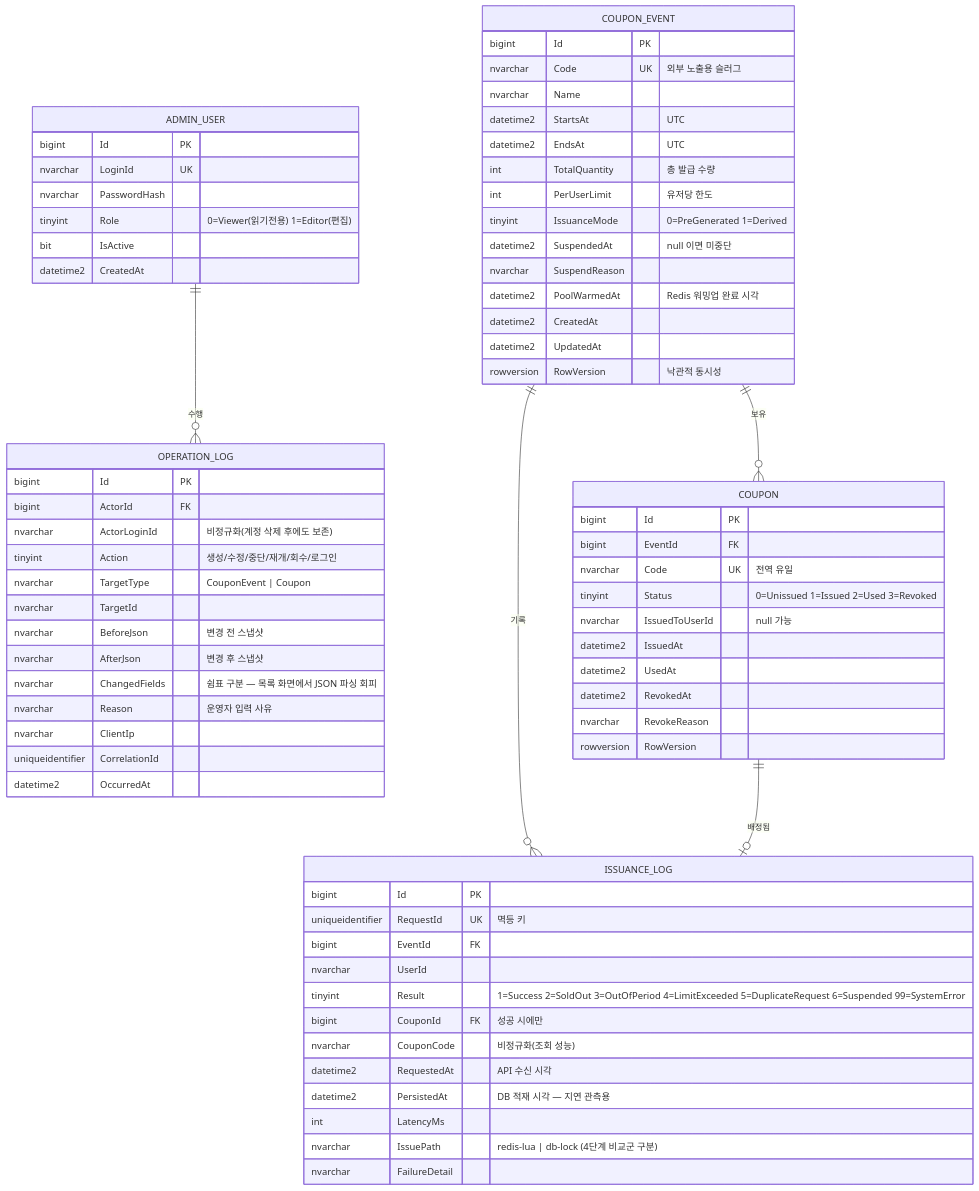
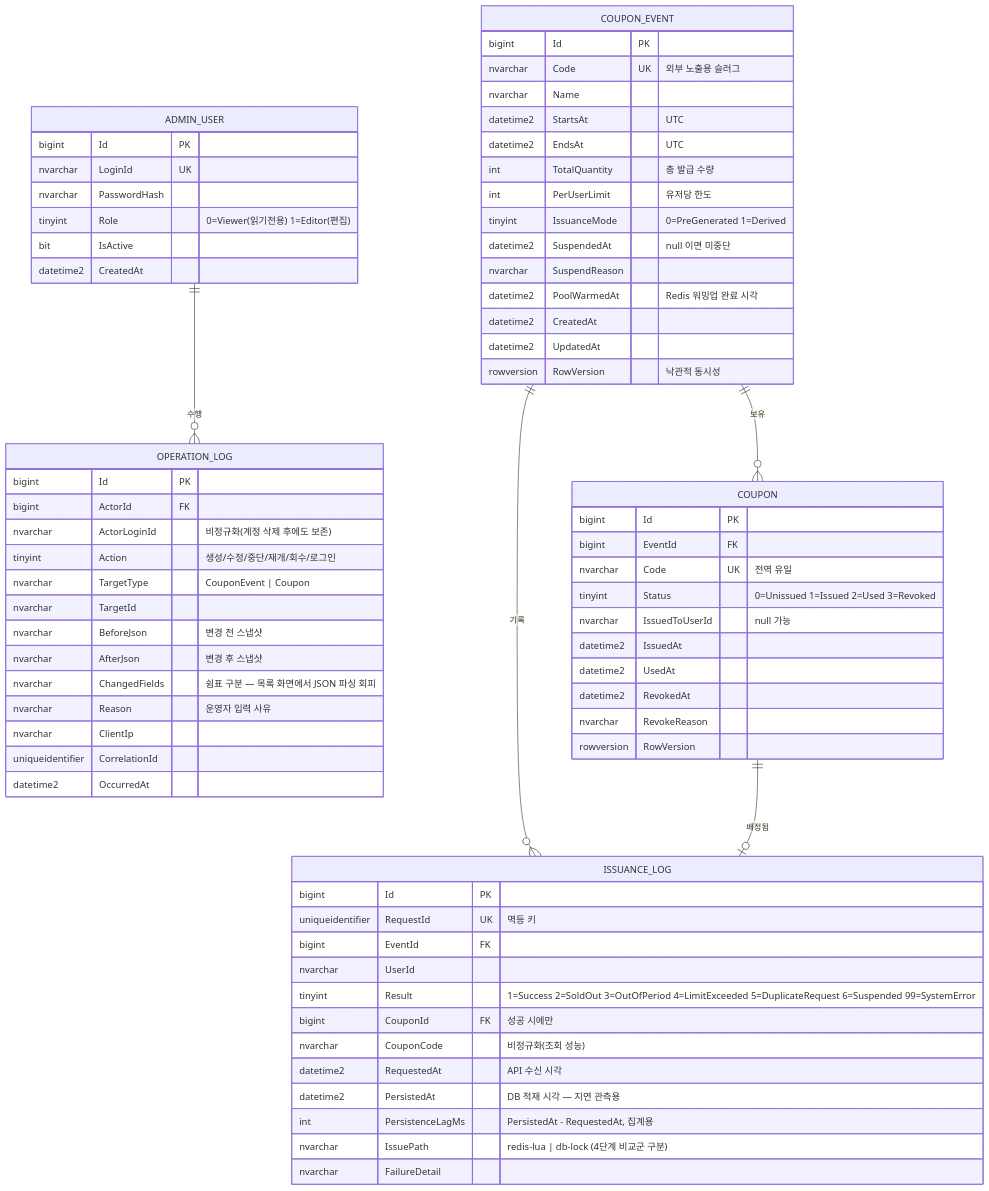
Before and after one commit to hyunolike/game-event-ops-poc: the diagram in docs/01-domain-design.md, drawn with Mermaid. The commit also changed other lines of this file and 40 other files, not shown here.

````diff
--- a/docs/01-domain-design.md
+++ b/docs/01-domain-design.md
@@ -114,77 +114,77 @@
 ```mermaid
 erDiagram
     ADMIN_USER ||--o{ OPERATION_LOG : "수행"
     COUPON_EVENT ||--o{ COUPON : "보유"
     COUPON_EVENT ||--o{ ISSUANCE_LOG : "기록"
     COUPON ||--o| ISSUANCE_LOG : "배정됨"
 
     COUPON_EVENT {
         bigint   Id PK
         nvarchar Code UK "외부 노출용 슬러그"
         nvarchar Name
         datetime2 StartsAt "UTC"
         datetime2 EndsAt "UTC"
         int      TotalQuantity "총 발급 수량"
         int      PerUserLimit "유저당 한도"
         tinyint  IssuanceMode "0=PreGenerated 1=Derived"
         datetime2 SuspendedAt "null 이면 미중단"
         nvarchar SuspendReason
         datetime2 PoolWarmedAt "Redis 워밍업 완료 시각"
         datetime2 CreatedAt
         datetime2 UpdatedAt
         rowversion RowVersion "낙관적 동시성"
     }
 
     COUPON {
         bigint   Id PK
         bigint   EventId FK
         nvarchar Code UK "전역 유일"
         tinyint  Status "0=Unissued 1=Issued 2=Used 3=Revoked"
         nvarchar IssuedToUserId "null 가능"
         datetime2 IssuedAt
         datetime2 UsedAt
         datetime2 RevokedAt
         nvarchar RevokeReason
         rowversion RowVersion
     }
 
     ISSUANCE_LOG {
         bigint   Id PK
         uniqueidentifier RequestId UK "멱등 키"
         bigint   EventId FK
         nvarchar UserId
         tinyint  Result "1=Success 2=SoldOut 3=OutOfPeriod 4=LimitExceeded 5=DuplicateRequest 6=Suspended 99=SystemError"
         bigint   CouponId FK "성공 시에만"
         nvarchar CouponCode "비정규화(조회 성능)"
         datetime2 RequestedAt "API 수신 시각"
         datetime2 PersistedAt "DB 적재 시각 — 지연 관측용"
-        int      LatencyMs
+        int      PersistenceLagMs "PersistedAt - RequestedAt, 집계용"
         nvarchar IssuePath "redis-lua | db-lock (4단계 비교군 구분)"
         nvarchar FailureDetail
     }
 
     OPERATION_LOG {
         bigint   Id PK
         bigint   ActorId FK
         nvarchar ActorLoginId "비정규화(계정 삭제 후에도 보존)"
         tinyint  Action "생성/수정/중단/재개/회수/로그인"
         nvarchar TargetType "CouponEvent | Coupon"
         nvarchar TargetId
         nvarchar BeforeJson "변경 전 스냅샷"
         nvarchar AfterJson "변경 후 스냅샷"
         nvarchar ChangedFields "쉼표 구분 — 목록 화면에서 JSON 파싱 회피"
         nvarchar Reason "운영자 입력 사유"
         nvarchar ClientIp
         uniqueidentifier CorrelationId
         datetime2 OccurredAt
     }
 
     ADMIN_USER {
         bigint   Id PK
         nvarchar LoginId UK
         nvarchar PasswordHash
         tinyint  Role "0=Viewer(읽기전용) 1=Editor(편집)"
         bit      IsActive
         datetime2 CreatedAt
     }
 ```
````
